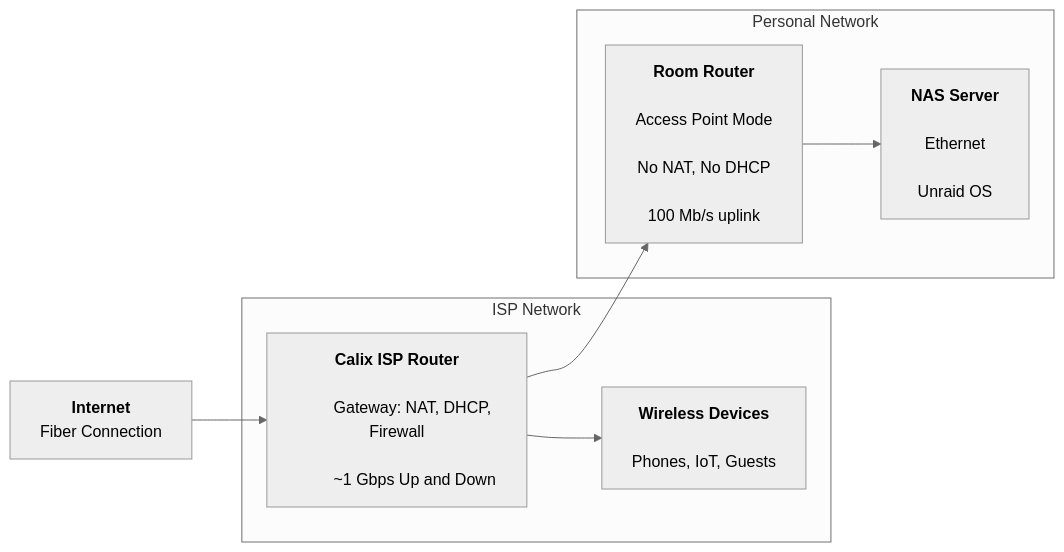
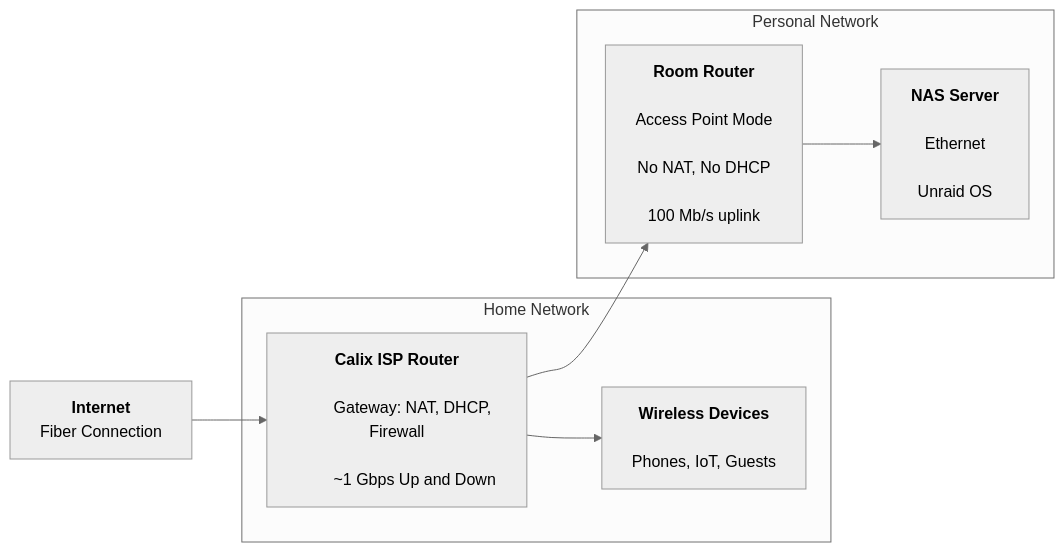
The diagram in docs/overview.md (Grantm14/personal-nas), drawn with Mermaid (neutral theme) before and after one commit.

````diff
--- a/docs/overview.md
+++ b/docs/overview.md
@@ -1,35 +1,35 @@
 ```mermaid
 flowchart LR
     Internet[<b>Internet</b><br/>Fiber Connection]
 
-    subgraph ISP["ISP Network"]
+    subgraph ISP["Home Network"]
         Calix[
         <b>Calix ISP Router</b><br/>
         Gateway: NAT, DHCP, Firewall<br/>
         ~1 Gbps Up and Down
         ]
         Wireless[
         <b>Wireless Devices</b><br/>
         Phones, IoT, Guests
         ]
     end
 
     subgraph Home["Personal Network"]
         RoomRouter[
         <b>Room Router</b><br/>
         Access Point Mode<br/>
         No NAT, No DHCP<br/>
         100 Mb/s uplink
         ]
         NAS[
         <b>NAS Server</b><br/>
         Ethernet<br/>
         Unraid OS
         ]
     end
 
     Internet --> Calix
     Calix --> RoomRouter
     Calix --> Wireless
     RoomRouter --> NAS
 ```
````
